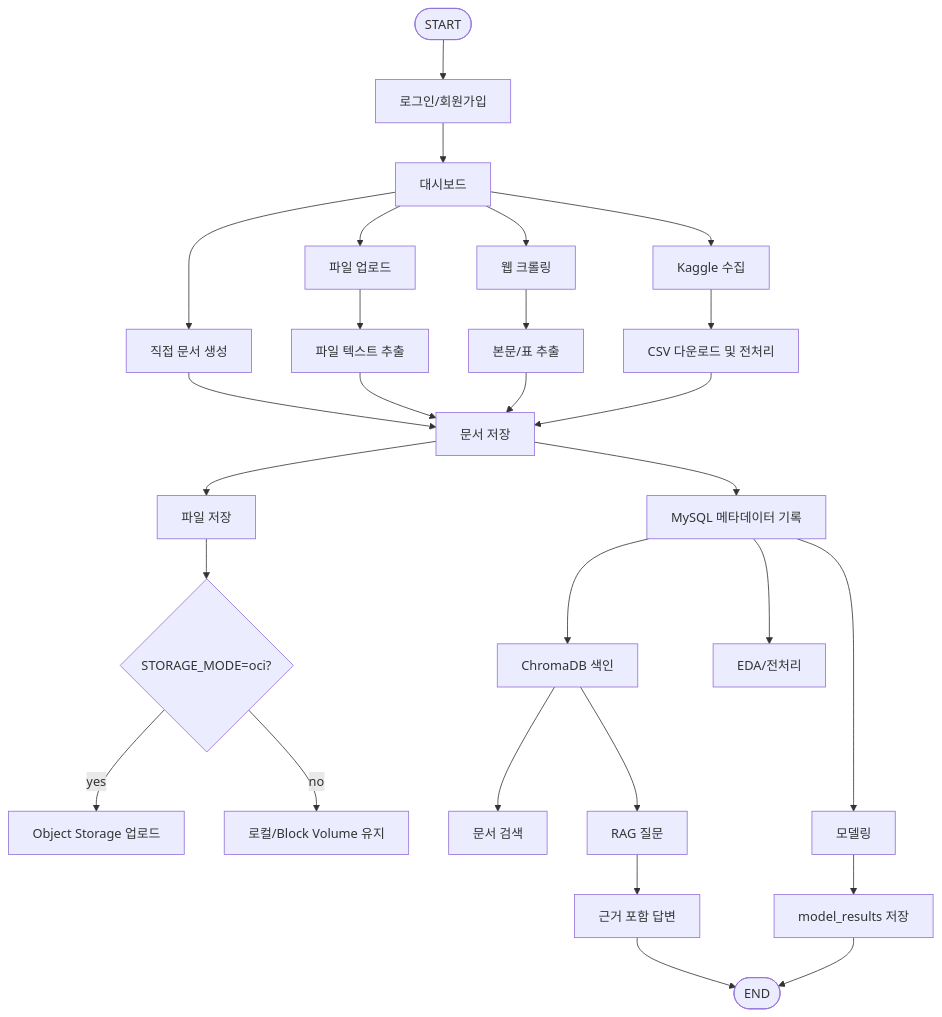
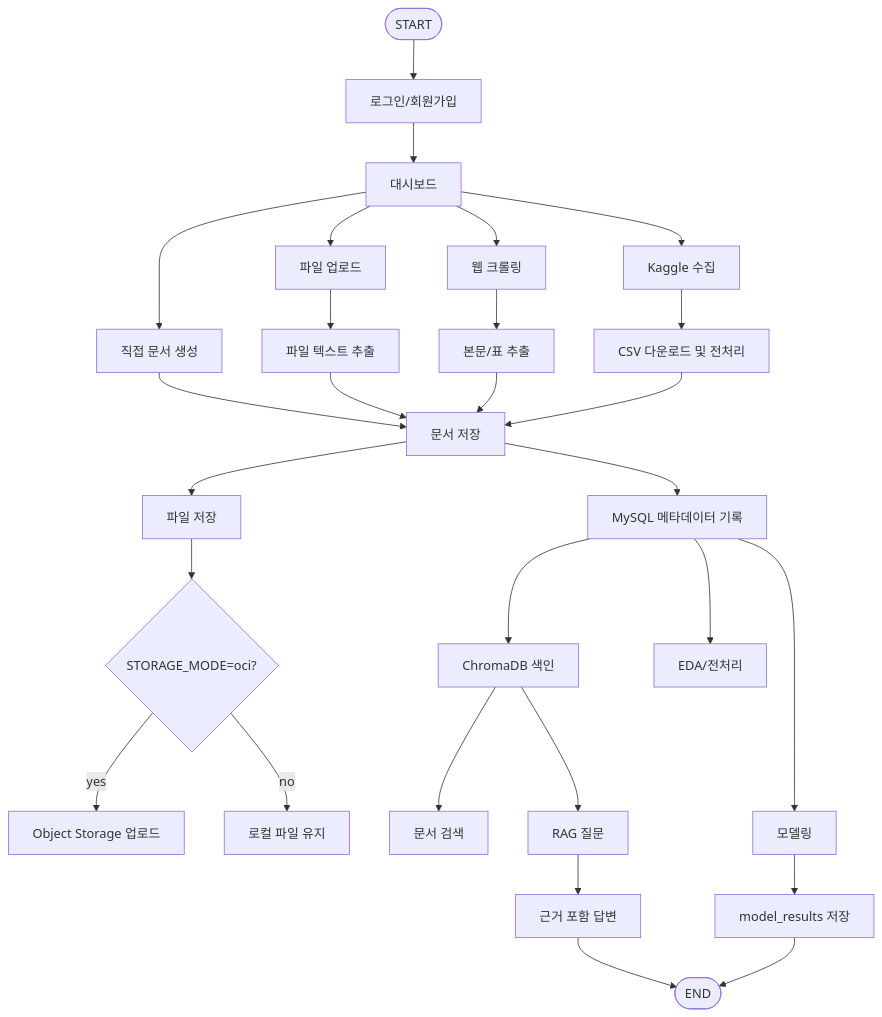
Before and after one commit to syprisilla/AI_Cloud: the second of 4 diagrams in README.md, drawn with Mermaid. The commit also changed other lines of this file, not shown here.

````diff
--- a/README.md
+++ b/README.md
@@ -134,36 +134,36 @@
 ```mermaid
 flowchart TD
     Start([START]) --> Login[로그인/회원가입]
     Login --> Dashboard[대시보드]
 
     Dashboard --> Manual[직접 문서 생성]
     Dashboard --> Upload[파일 업로드]
     Dashboard --> Crawl[웹 크롤링]
     Dashboard --> Kaggle[Kaggle 수집]
 
     Manual --> Save[문서 저장]
     Upload --> Extract[파일 텍스트 추출]
     Crawl --> WebParse[본문/표 추출]
     Kaggle --> Preprocess[CSV 다운로드 및 전처리]
 
     Extract --> Save
     WebParse --> Save
     Preprocess --> Save
 
     Save --> DB[MySQL 메타데이터 기록]
     Save --> FileStore[파일 저장]
     FileStore --> OptionalOCI{STORAGE_MODE=oci?}
     OptionalOCI -->|yes| OCI[Object Storage 업로드]
-    OptionalOCI -->|no| LocalOnly[로컬/Block Volume 유지]
+    OptionalOCI -->|no| LocalOnly[로컬 파일 유지]
 
     DB --> Vector[ChromaDB 색인]
     Vector --> Search[문서 검색]
     Vector --> RAG[RAG 질문]
     DB --> EDA[EDA/전처리]
     DB --> Modeling[모델링]
 
     RAG --> Response[근거 포함 답변]
     Modeling --> Result[model_results 저장]
     Response --> End([END])
     Result --> End
 ```
````
